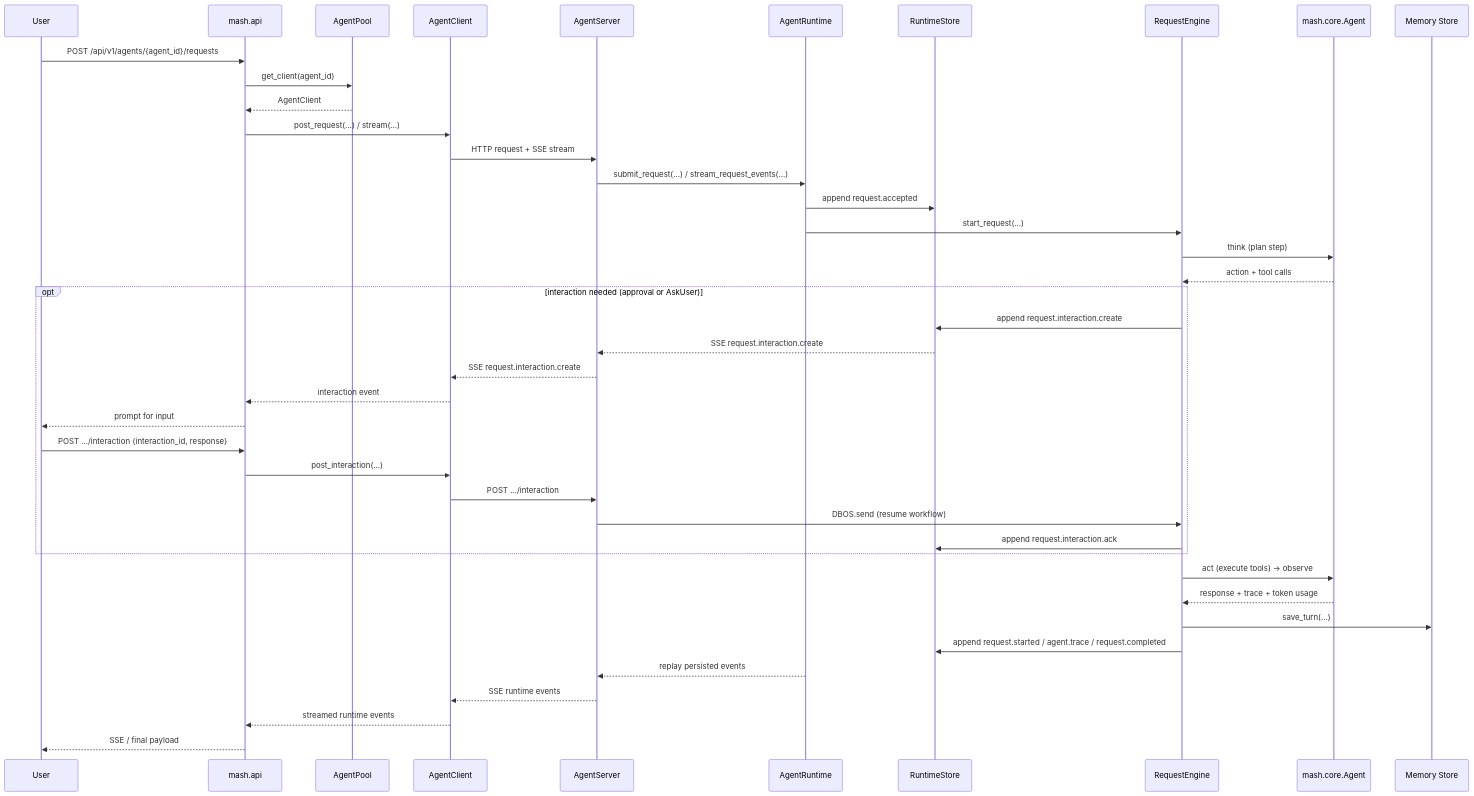
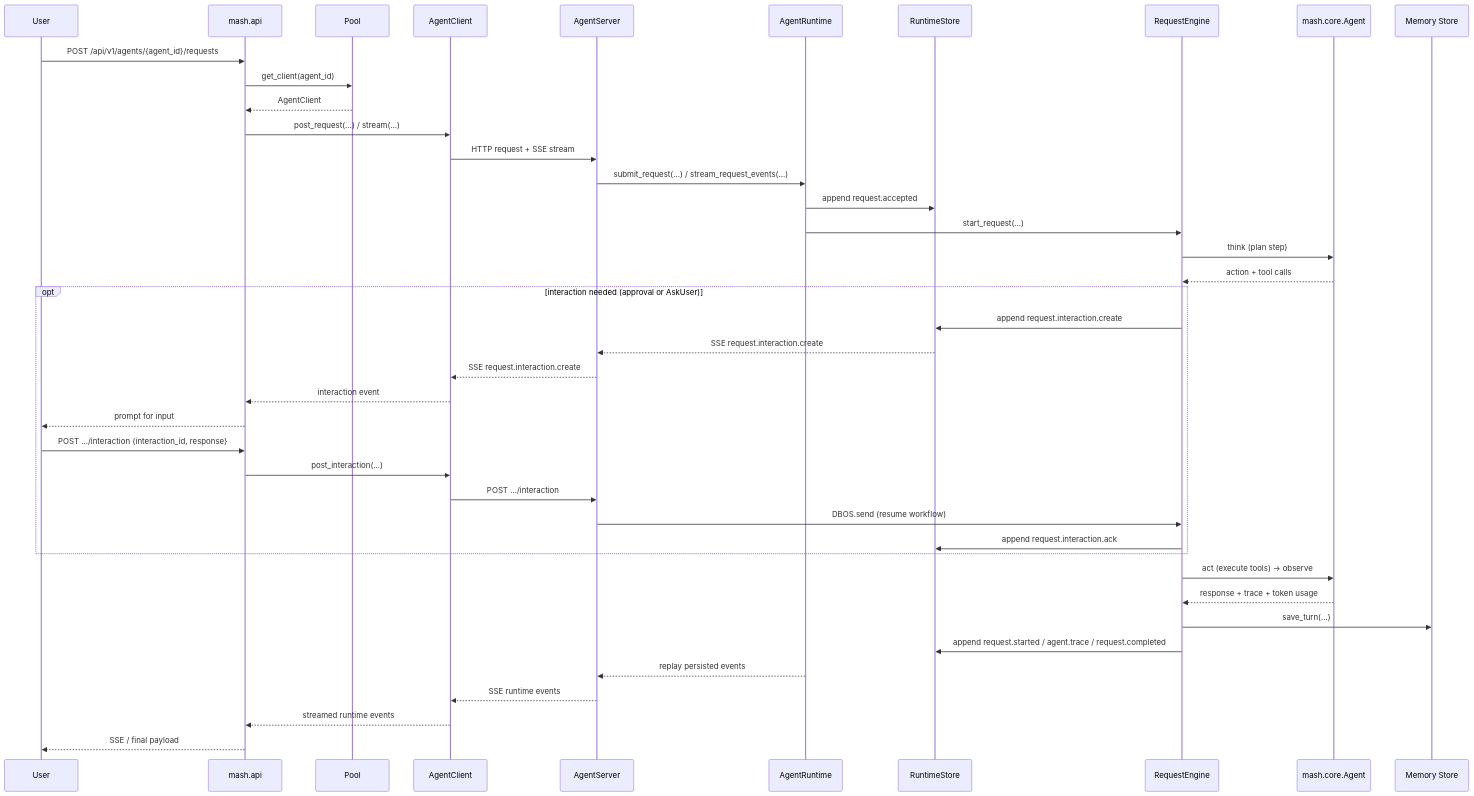
One commit to imsid/mashpy changed the diagram in CONTRIBUTING.md. Above: the diagram before and after it, drawn with Mermaid. The commit also changed 43 other files, not shown here.

First line of the commit message:
feat(runtime)!: rename AgentPool to Pool, workflow-only deploys, top-level exports, CLI parity (#159)

````diff
--- a/CONTRIBUTING.md
+++ b/CONTRIBUTING.md
@@ -310,46 +310,46 @@
 ```mermaid
 sequenceDiagram
     participant User
     participant API as mash.api
-    participant Pool as AgentPool
+    participant Pool
     participant Client as AgentClient
     participant Server as AgentServer
     participant Runtime as AgentRuntime
     participant Events as RuntimeStore
     participant Engine as RequestEngine
     participant Agent as mash.core.Agent
     participant Memory as Memory Store
 
     User->>API: POST /api/v1/agents/{agent_id}/requests
     API->>Pool: get_client(agent_id)
     Pool-->>API: AgentClient
     API->>Client: post_request(...) / stream(...)
     Client->>Server: HTTP request + SSE stream
     Server->>Runtime: submit_request(...) / stream_request_events(...)
     Runtime->>Events: append request.accepted
     Runtime->>Engine: start_request(...)
     Engine->>Agent: think (plan step)
     Agent-->>Engine: action + tool calls
 
     opt interaction needed (approval or AskUser)
         Engine->>Events: append request.interaction.create
         Events-->>Server: SSE request.interaction.create
         Server-->>Client: SSE request.interaction.create
         Client-->>API: interaction event
         API-->>User: prompt for input
         User->>API: POST .../interaction {interaction_id, response}
         API->>Client: post_interaction(...)
         Client->>Server: POST .../interaction
         Server->>Engine: DBOS.send (resume workflow)
         Engine->>Events: append request.interaction.ack
     end
 
     Engine->>Agent: act (execute tools) -> observe
     Agent-->>Engine: response + trace + token usage
     Engine->>Memory: save_turn(...)
     Engine->>Events: append request.started / agent.trace / request.completed
     Runtime-->>Server: replay persisted events
     Server-->>Client: SSE runtime events
     Client-->>API: streamed runtime events
     API-->>User: SSE / final payload
 ```
````
